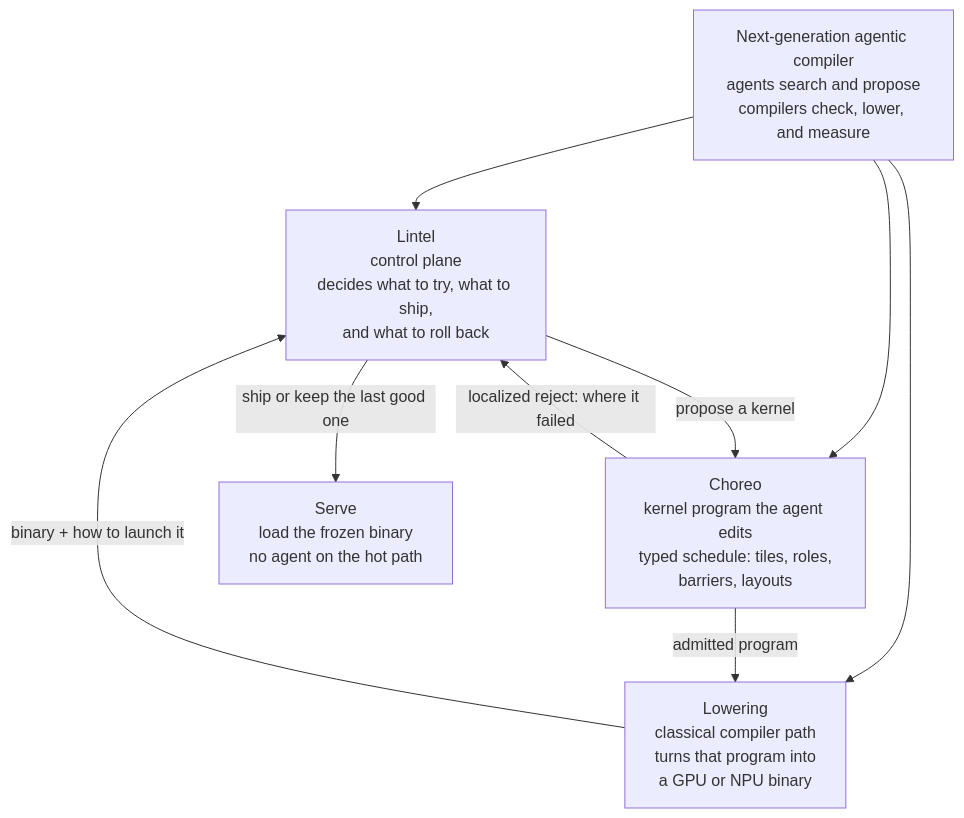
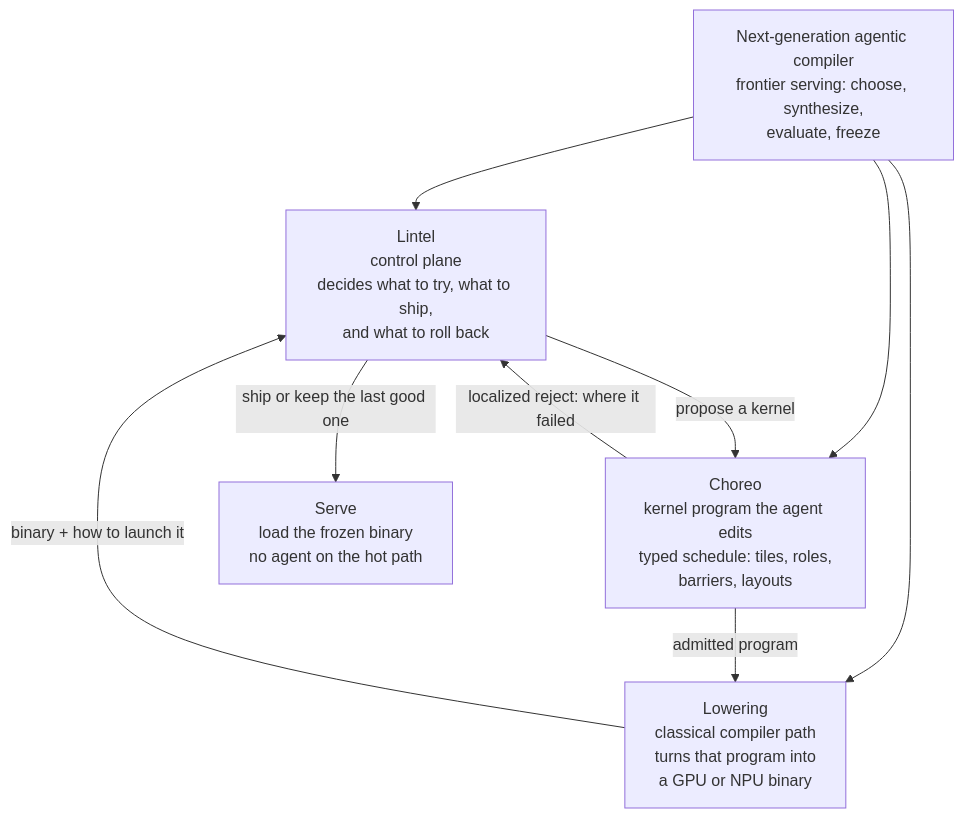
The diagram in README.md (zackc6/lintel), drawn with Mermaid before and after one commit. The commit also changed other lines of this file and 21 other files, not shown here.

````diff
--- a/README.md
+++ b/README.md
@@ -9,19 +9,19 @@
 ```mermaid
 flowchart TB
-  GOAL["Next-generation agentic compiler<br/>agents search and propose<br/>compilers check, lower, and measure"]
+  GOAL["Next-generation agentic compiler<br/>frontier serving: choose, synthesize,<br/>evaluate, freeze"]
 
   LINTEL["Lintel<br/>control plane<br/>decides what to try, what to ship,<br/>and what to roll back"]
   CHOREO["Choreo<br/>kernel program the agent edits<br/>typed schedule: tiles, roles,<br/>barriers, layouts"]
   LOWER["Lowering<br/>classical compiler path<br/>turns that program into<br/>a GPU or NPU binary"]
   SERVE["Serve<br/>load the frozen binary<br/>no agent on the hot path"]
 
   GOAL --> LINTEL
   GOAL --> CHOREO
   GOAL --> LOWER
 
   LINTEL -->|"propose a kernel"| CHOREO
   CHOREO -->|"localized reject: where it failed"| LINTEL
   CHOREO -->|"admitted program"| LOWER
   LOWER -->|"binary + how to launch it"| LINTEL
   LINTEL -->|"ship or keep the last good one"| SERVE
 ```
````
